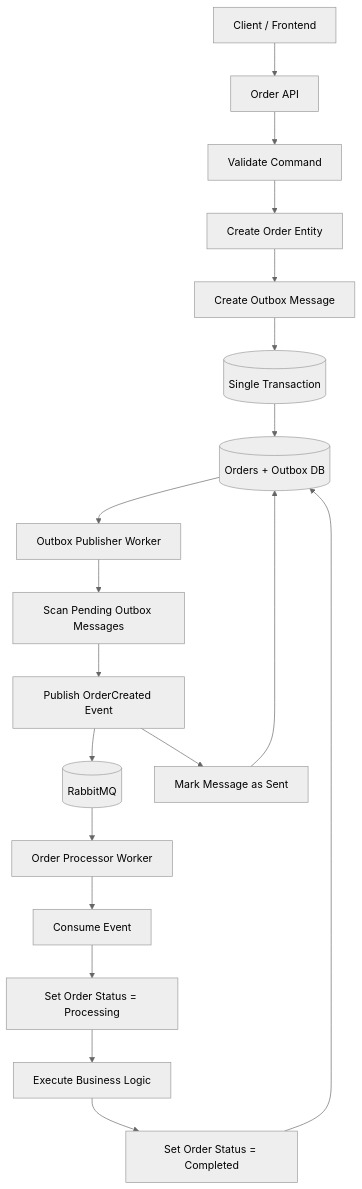
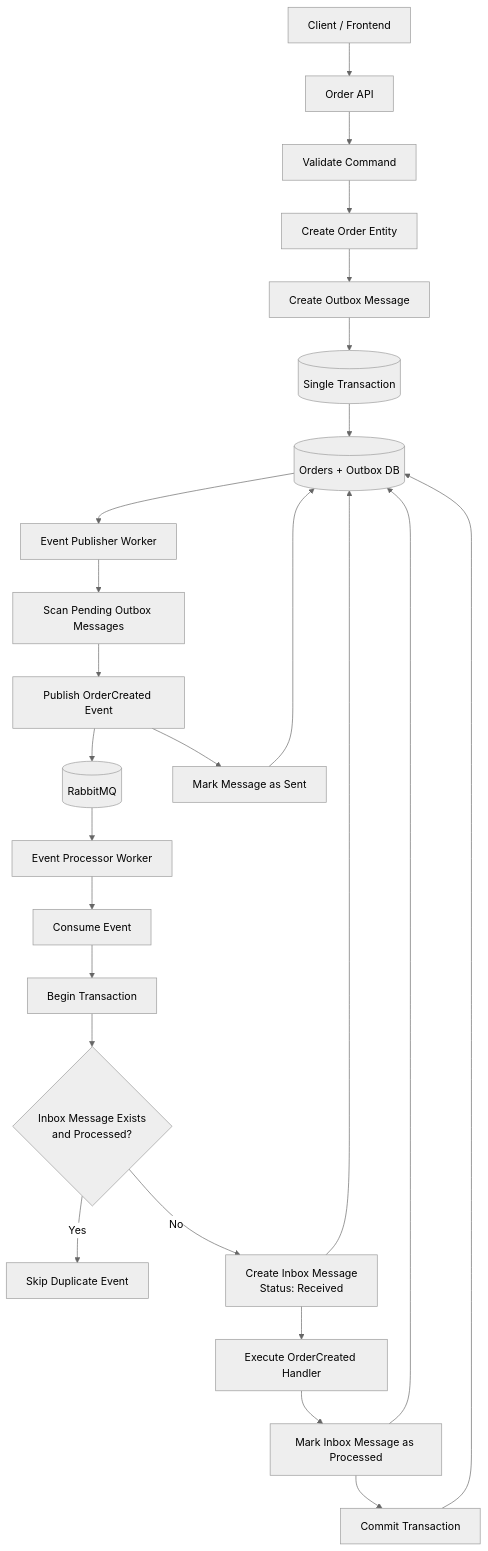
The diagram in README.md (SteVentis/architecture-lab-event-driven), drawn with Mermaid (neutral theme) before and after one commit. The commit also changed other lines of this file, not shown here.

````diff
--- a/README.md
+++ b/README.md
@@ -17,26 +17,34 @@
 ```mermaid
 flowchart TD
     client[Client / Frontend] --> api[Order API]
 
     api --> validate[Validate Command]
     validate --> order[Create Order Entity]
     order --> outbox[Create Outbox Message]
     outbox --> tx[(Single Transaction)]
 
     tx --> db[(Orders + Outbox DB)]
 
-    db --> publisher[Outbox Publisher Worker]
+    db --> publisher[Event Publisher Worker]
     publisher --> scan[Scan Pending Outbox Messages]
     scan --> publish[Publish OrderCreated Event]
     publish --> rabbit[(RabbitMQ)]
     publish --> sent[Mark Message as Sent]
 
-    rabbit --> processor[Order Processor Worker]
+    rabbit --> processor[Event Processor Worker]
     processor --> consume[Consume Event]
-    consume --> processing[Set Order Status = Processing]
-    processing --> business[Execute Business Logic]
-    business --> completed[Set Order Status = Completed]
+    consume --> beginTx[Begin Transaction]
+    beginTx --> inboxLookup{Inbox Message Exists<br/>and Processed?}
 
-    completed --> db
+    inboxLookup -->|Yes| skip[Skip Duplicate Event]
+    inboxLookup -->|No| createInbox[Create Inbox Message<br/>Status: Received]
+
+    createInbox --> handle[Execute OrderCreated Handler]
+    handle --> markProcessed[Mark Inbox Message as Processed]
+    markProcessed --> commit[Commit Transaction]
+
     sent --> db
+    createInbox --> db
+    markProcessed --> db
+    commit --> db
 ```
````
